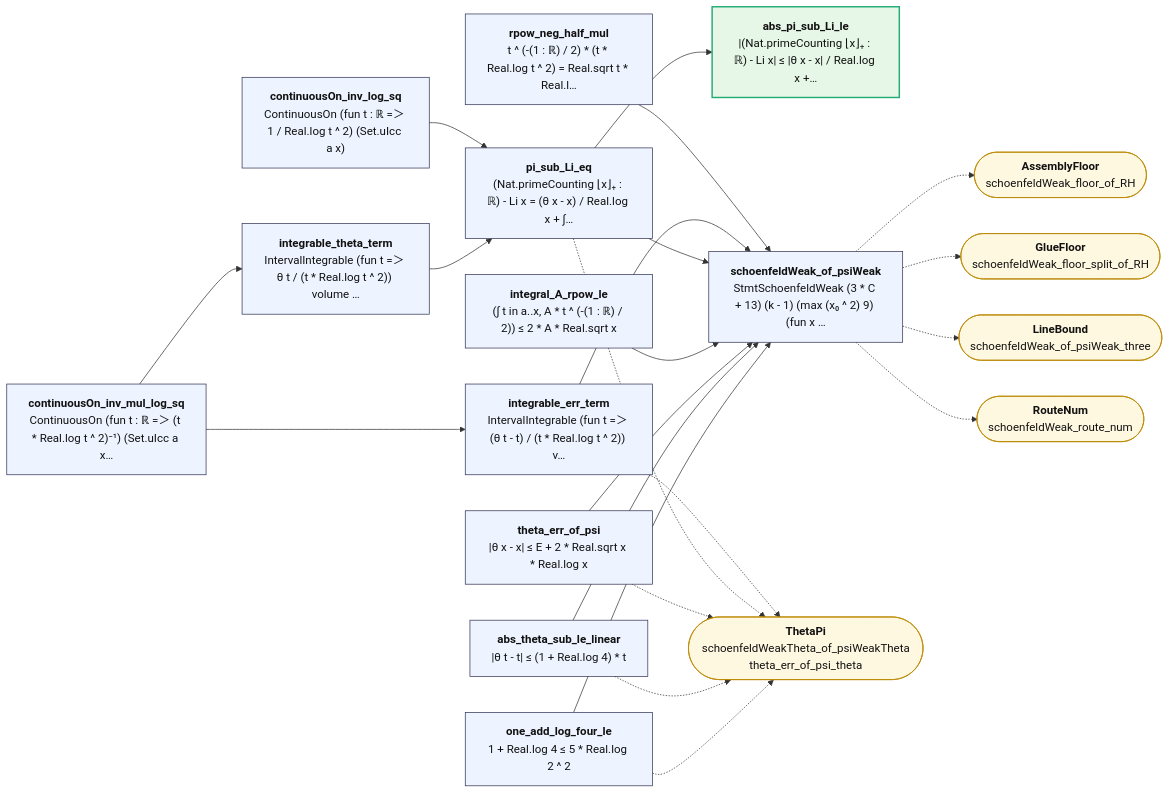
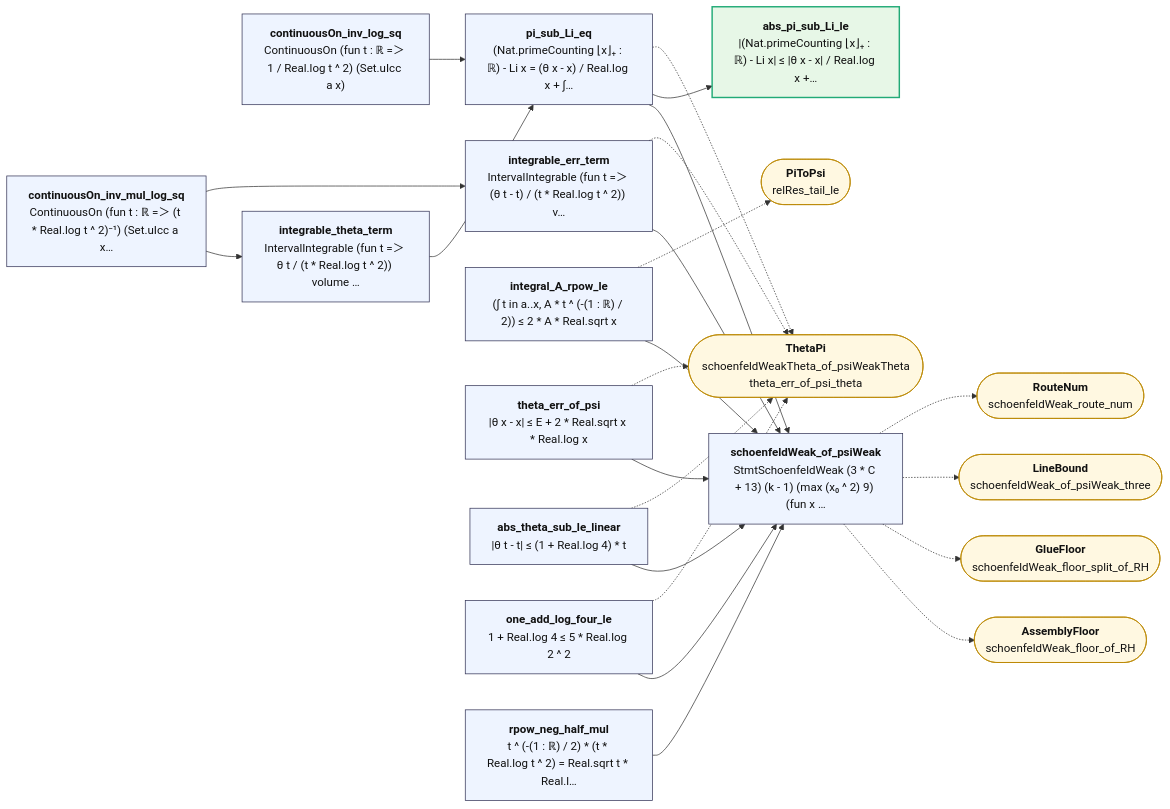
Before and after one commit to juliansambranojr/Primebeat_081426: the diagram in map/lean_stage3/PsiToPi.md, drawn with Mermaid. The commit also changed other lines of this file and 54 other files, not shown here.

First line of the commit message:
PiToPsi.lean, CellResidual.lean: RH holds exactly when every cell's residual, on every dyadic ladder, stays at square-root size (RH_iff_cells); RH is the square-root bound on pi minus Li (RH_iff_schoenfeldWeak); forward on the table itself (table_cell_resid); joint T5 SEALED; units 0427, 0428 logged

````diff
--- a/map/lean_stage3/PsiToPi.md
+++ b/map/lean_stage3/PsiToPi.md
@@ -12,46 +12,48 @@
 ```mermaid
 flowchart LR
   n0["<b>continuousOn_inv_log_sq</b><br/>ContinuousOn (fun t : ℝ =＞ 1 / Real.log t ^ 2) (Set.uIcc a x)"]:::thm
   n1["<b>continuousOn_inv_mul_log_sq</b><br/>ContinuousOn (fun t : ℝ =＞ (t * Real.log t ^ 2)⁻¹) (Set.uIcc a x…"]:::thm
   n2["<b>integrable_theta_term</b><br/>IntervalIntegrable (fun t =＞ θ t / (t * Real.log t ^ 2)) volume …"]:::thm
   n3["<b>integrable_err_term</b><br/>IntervalIntegrable (fun t =＞ (θ t - t) / (t * Real.log t ^ 2)) v…"]:::thm
   n4["<b>pi_sub_Li_eq</b><br/>(Nat.primeCounting ⌊x⌋₊ : ℝ) - Li x = (θ x - x) / Real.log x + ∫…"]:::thm
   n5["<b>abs_pi_sub_Li_le</b><br/>|(Nat.primeCounting ⌊x⌋₊ : ℝ) - Li x| ≤ |θ x - x| / Real.log x +…"]:::end_
   n6["<b>integral_A_rpow_le</b><br/>(∫ t in a..x, A * t ^ (-(1 : ℝ) / 2)) ≤ 2 * A * Real.sqrt x"]:::thm
   n7["<b>theta_err_of_psi</b><br/>|θ x - x| ≤ E + 2 * Real.sqrt x * Real.log x"]:::thm
   n8["<b>abs_theta_sub_le_linear</b><br/>|θ t - t| ≤ (1 + Real.log 4) * t"]:::thm
   n9["<b>one_add_log_four_le</b><br/>1 + Real.log 4 ≤ 5 * Real.log 2 ^ 2"]:::thm
   n10["<b>rpow_neg_half_mul</b><br/>t ^ (-(1 : ℝ) / 2) * (t * Real.log t ^ 2) = Real.sqrt t * Real.l…"]:::thm
   n11["<b>schoenfeldWeak_of_psiWeak</b><br/>StmtSchoenfeldWeak (3 * C + 13) (k - 1) (max (x₀ ^ 2) 9) (fun x …"]:::thm
   x0(["<b>ThetaPi</b><br/>schoenfeldWeakTheta_of_psiWeakTheta<br/>theta_err_of_psi_theta"]):::ext
-  x1(["<b>AssemblyFloor</b><br/>schoenfeldWeak_floor_of_RH"]):::ext
-  x2(["<b>GlueFloor</b><br/>schoenfeldWeak_floor_split_of_RH"]):::ext
-  x3(["<b>LineBound</b><br/>schoenfeldWeak_of_psiWeak_three"]):::ext
-  x4(["<b>RouteNum</b><br/>schoenfeldWeak_route_num"]):::ext
+  x1(["<b>PiToPsi</b><br/>relRes_tail_le"]):::ext
+  x2(["<b>AssemblyFloor</b><br/>schoenfeldWeak_floor_of_RH"]):::ext
+  x3(["<b>GlueFloor</b><br/>schoenfeldWeak_floor_split_of_RH"]):::ext
+  x4(["<b>LineBound</b><br/>schoenfeldWeak_of_psiWeak_three"]):::ext
+  x5(["<b>RouteNum</b><br/>schoenfeldWeak_route_num"]):::ext
   n0 --> n4
   n1 --> n2
   n1 --> n3
   n10 --> n11
   n2 --> n4
   n3 --> n11
   n4 --> n11
   n4 --> n5
   n6 --> n11
   n7 --> n11
   n8 --> n11
   n9 --> n11
-  n11 -.-> x1
   n11 -.-> x2
   n11 -.-> x3
   n11 -.-> x4
+  n11 -.-> x5
   n3 -.-> x0
   n4 -.-> x0
+  n6 -.-> x1
   n7 -.-> x0
   n8 -.-> x0
   n9 -.-> x0
   classDef thm fill:#eef4ff,stroke:#335,color:#111
   classDef end_ fill:#e7f7e7,stroke:#2a7,color:#111,stroke-width:2px
   classDef lone fill:#fff,stroke:#999,color:#111,stroke-dasharray:4 3
   classDef bad fill:#ffe5e5,stroke:#c22,color:#111,stroke-width:2px
   classDef ext fill:#fff8e1,stroke:#b80,color:#111
 ```
````
